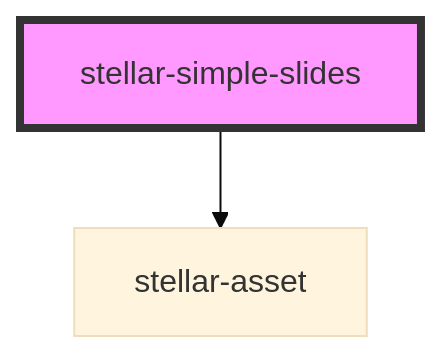
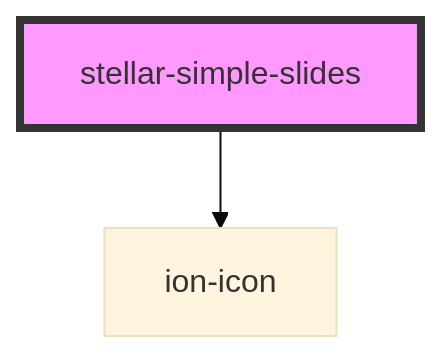
One commit to splitinfinities/Stellar changed the diagram in src/components/motion/simple-slides/readme.md. Above: the diagram before and after it, drawn with Mermaid (base theme). The commit also changed other lines of this file and 108 other files, not shown here.

Commit message:
Remove stellar-asset.

````diff
--- a/src/components/motion/simple-slides/readme.md
+++ b/src/components/motion/simple-slides/readme.md
@@ -23,5 +23,5 @@
 ```mermaid
 graph TD;
-  stellar-simple-slides --> stellar-asset
+  stellar-simple-slides --> ion-icon
   style stellar-simple-slides fill:#f9f,stroke:#333,stroke-width:4px
 ```
````
